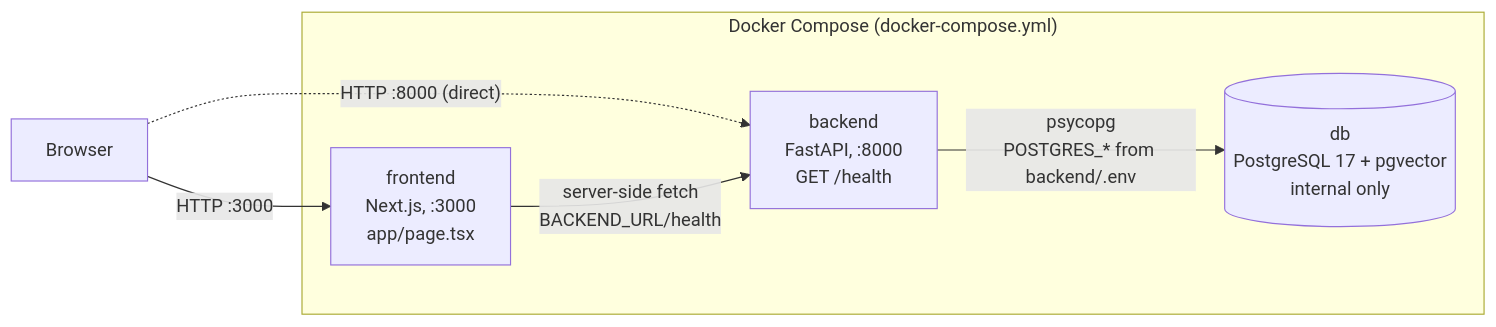
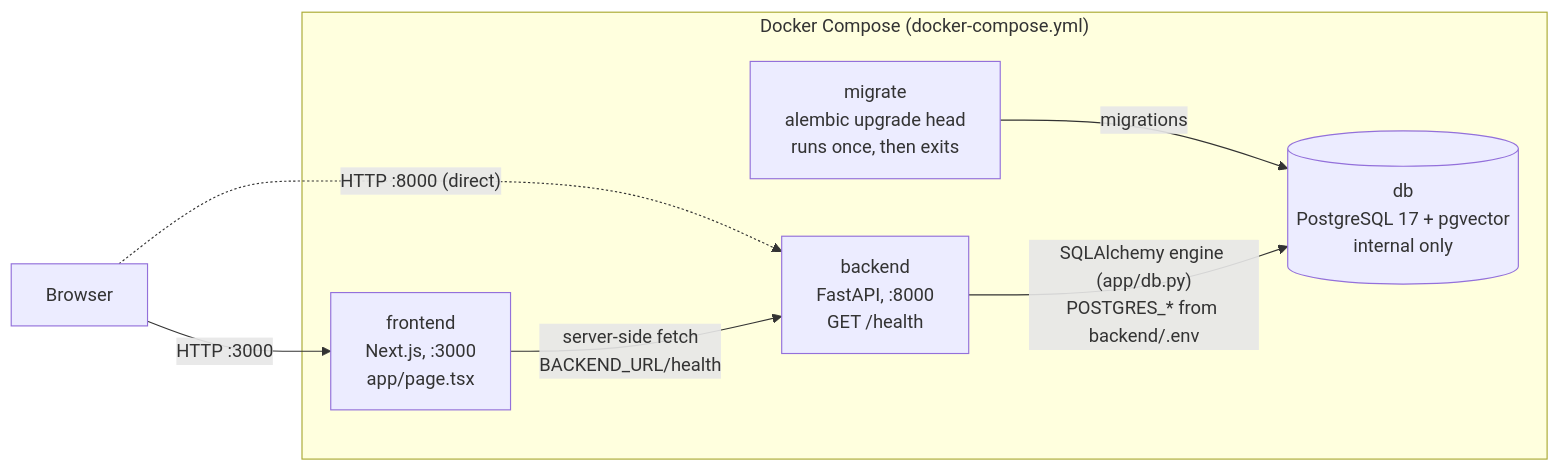
The diagram in docs/architecture/CURRENT.md (gabriel-wan/tencent-hackathon-fintech), drawn with Mermaid before and after one commit. The commit also changed 15 other files, not shown here.

````diff
--- a/docs/architecture/CURRENT.md
+++ b/docs/architecture/CURRENT.md
@@ -8,15 +8,18 @@
 ```mermaid
 flowchart LR
     USER["Browser"]
 
     subgraph COMPOSE["Docker Compose (docker-compose.yml)"]
         FE["frontend<br/>Next.js, :3000<br/>app/page.tsx"]
         BE["backend<br/>FastAPI, :8000<br/>GET /health"]
+        MIG["migrate<br/>alembic upgrade head<br/>runs once, then exits"]
         DB[("db<br/>PostgreSQL 17 + pgvector<br/>internal only")]
     end
+
+    MIG -->|"migrations"| DB
 
     USER -->|"HTTP :3000"| FE
     USER -.->|"HTTP :8000 (direct)"| BE
     FE -->|"server-side fetch<br/>BACKEND_URL/health"| BE
-    BE -->|"psycopg<br/>POSTGRES_* from backend/.env"| DB
+    BE -->|"SQLAlchemy engine (app/db.py)<br/>POSTGRES_* from backend/.env"| DB
 ```
````
